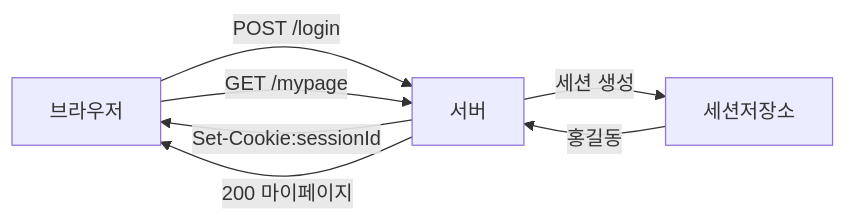
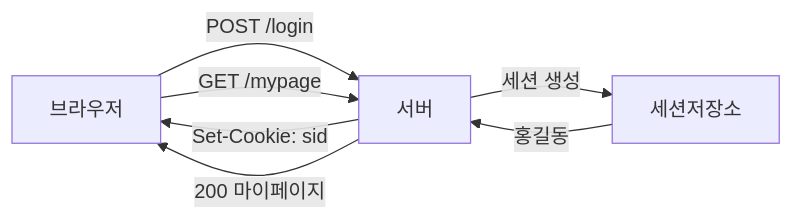
Before and after one commit to yjkim2015/yjkim2015.github.io: the fourth of 4 diagrams in _posts/http/2021-01-24-http-6.md, drawn with Mermaid. The commit also changed other lines of this file and 245 other files, not shown here.

First line of the commit message:
Mermaid 다이어그램 전면 수정 + 면접 포인트 접기/펼치기 + DB 데드락 페이지

````diff
--- a/_posts/http/2021-01-24-http-6.md
+++ b/_posts/http/2021-01-24-http-6.md
@@ -315,9 +315,9 @@
 ```mermaid
 graph LR
     C["브라우저"] -->|"POST /login"| S["서버"]
     S -->|"세션 생성"| D["세션저장소"]
-    S -->|"Set-Cookie:sessionId"| C
+    S -->|"Set-Cookie: sid"| C
     C -->|"GET /mypage"| S
     D -->|"홍길동"| S
     S -->|"200 마이페이지"| C
 ```
````
